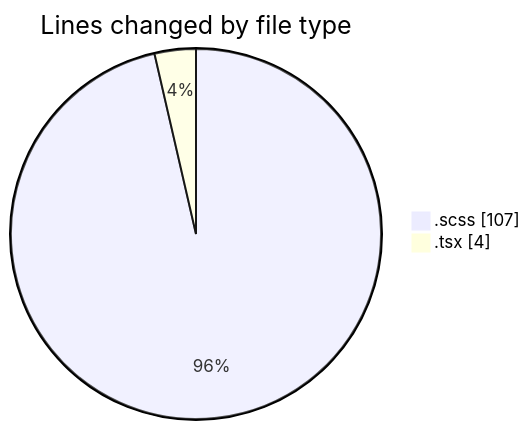
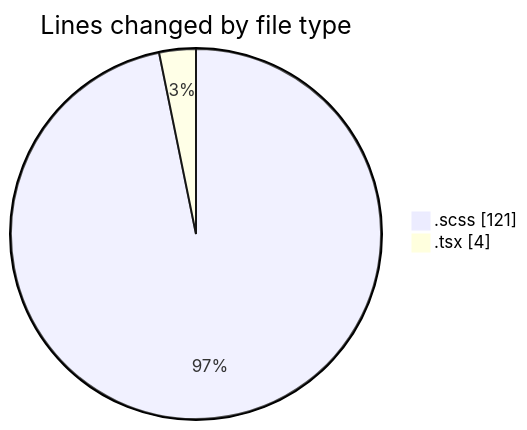
One commit to momahboobian/code-tracking changed the first of 2 diagrams in 2026-08-10/cda/README.md. Above: the diagram before and after it, drawn with Mermaid. The commit also changed other lines of this file and 1 other file, not shown here.

````diff
--- a/2026-08-10/cda/README.md
+++ b/2026-08-10/cda/README.md
@@ -23,6 +23,6 @@
 ```mermaid
 pie showData
 title Lines changed by file type
-".scss" : 107
+".scss" : 121
 ".tsx" : 4
 ```
````
